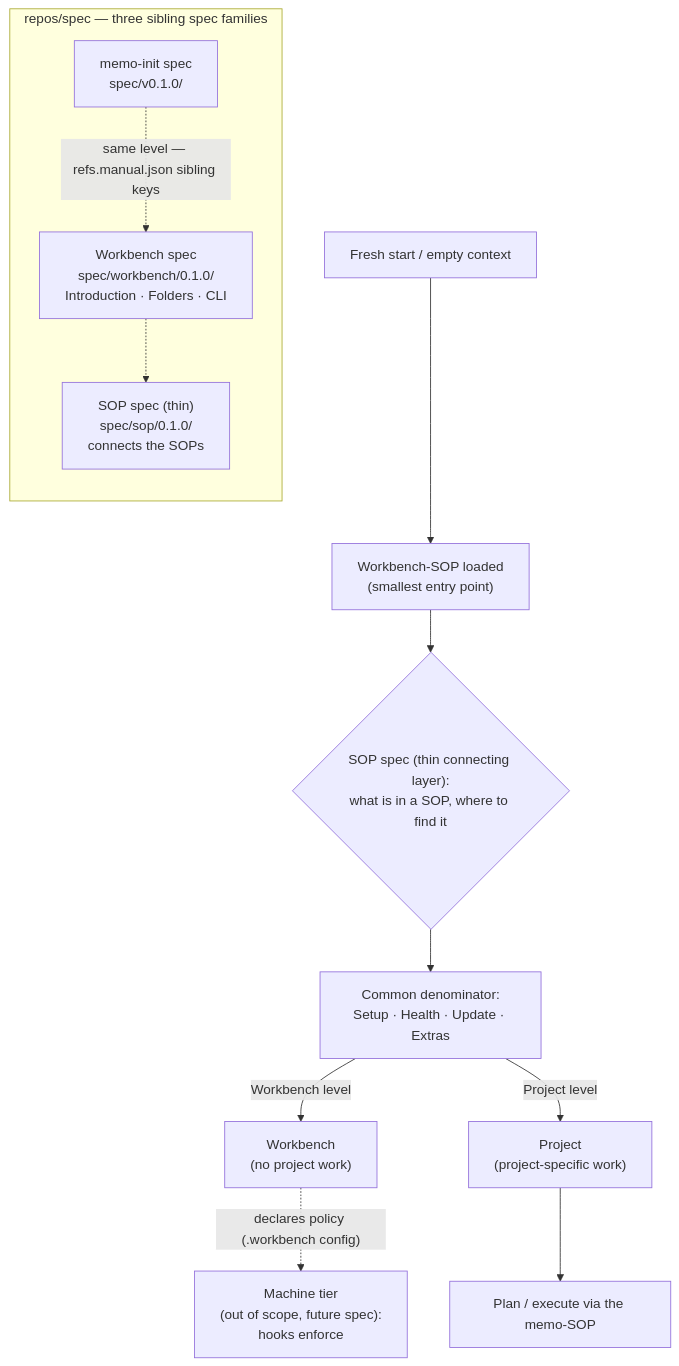
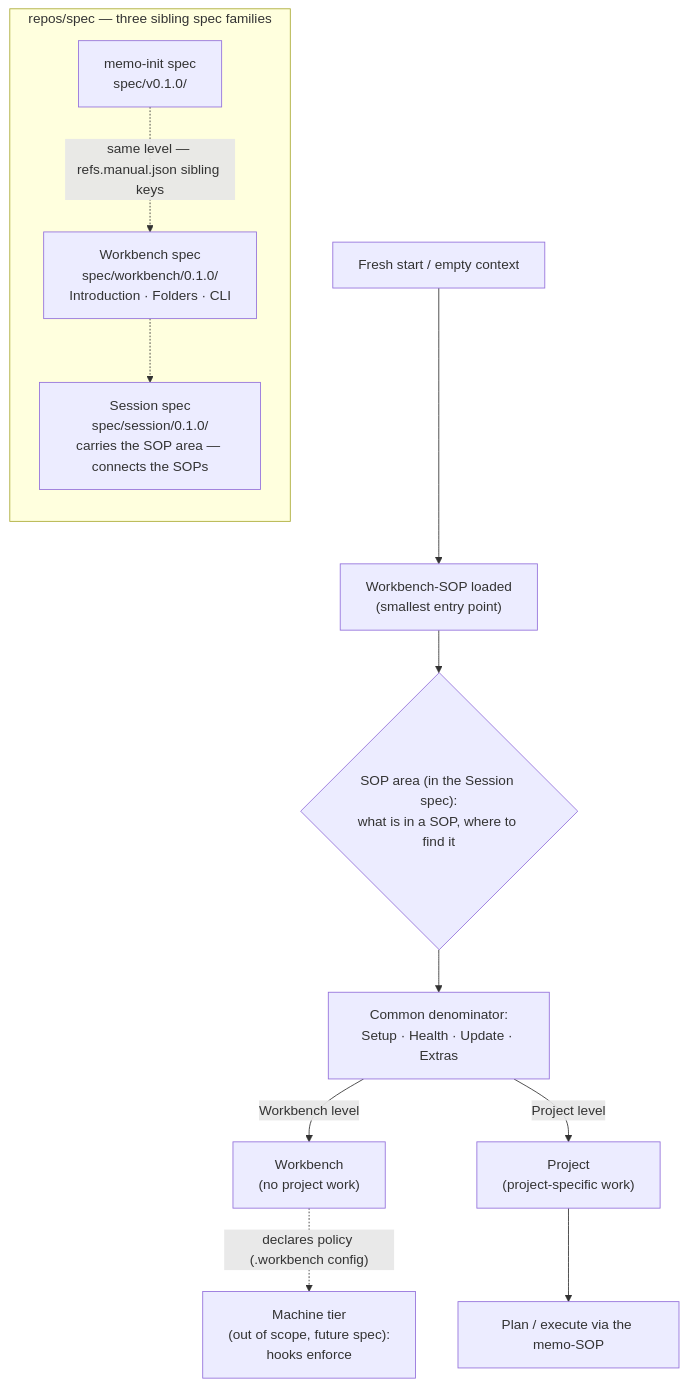
One commit to Memo-Init/spec changed the diagram in generated/docs-payload/workbench/41-project-architecture.md. Above: the diagram before and after it, drawn with Mermaid. The commit also changed other lines of this file and 126 other files, not shown here.

Commit message:
[MEMO] M049 fold sop into session + wb reorg

````diff
--- a/generated/docs-payload/workbench/41-project-architecture.md
+++ b/generated/docs-payload/workbench/41-project-architecture.md
@@ -24,19 +24,19 @@
 ```mermaid
 flowchart TD
     Start["Fresh start / empty context"] --> WBsop["Workbench-SOP loaded<br/>(smallest entry point)"]
-    WBsop --> SOPspec{"SOP spec (thin connecting layer):<br/>what is in a SOP, where to find it"}
+    WBsop --> SOPspec{"SOP area (in the Session spec):<br/>what is in a SOP, where to find it"}
     SOPspec --> Std["Common denominator:<br/>Setup · Health · Update · Extras"]
     Std -->|"Workbench level"| WB["Workbench<br/>(no project work)"]
     Std -->|"Project level"| Proj["Project<br/>(project-specific work)"]
     WB -.->|"declares policy (.workbench config)"| Mach["Machine tier<br/>(out of scope, future spec):<br/>hooks enforce"]
     Proj --> Plan["Plan / execute via the memo-SOP"]
 
     subgraph SPECS["repos/spec — three sibling spec families"]
         direction TB
         MI["memo-init spec<br/>spec/v0.1.0/"]
         WBS["Workbench spec<br/>spec/workbench/0.1.0/<br/>Introduction · Folders · CLI"]
-        SOPF["SOP spec (thin)<br/>spec/sop/0.1.0/<br/>connects the SOPs"]
+        SOPF["Session spec<br/>spec/session/0.1.0/<br/>carries the SOP area — connects the SOPs"]
         MI -.->|"same level — refs.manual.json sibling keys"| WBS
         WBS -.-> SOPF
     end
 ```
````
